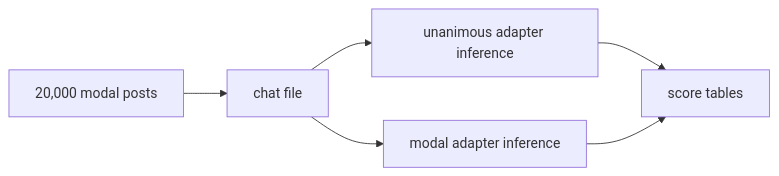
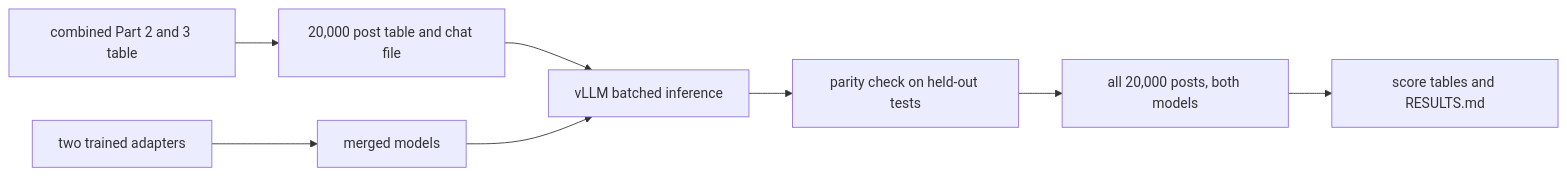
One commit to METResearchGroup/mirrorView-task changed the diagram in docs/plans/2026-09-25_all_posts_lora_inference_b7e4a2/plan.md. Above: the diagram before and after it, drawn with Mermaid. The commit also changed other lines of this file, not shown here.

First line of the commit message:
Use batched vLLM inference on merged weights in the all-posts plan

````diff
--- a/docs/plans/2026-09-25_all_posts_lora_inference_b7e4a2/plan.md
+++ b/docs/plans/2026-09-25_all_posts_lora_inference_b7e4a2/plan.md
@@ -19,8 +25,10 @@
 ```mermaid
 flowchart LR
-  labels["20,000 modal posts"] --> chat["chat file"]
-  chat --> uni["unanimous adapter inference"]
-  chat --> modal["modal adapter inference"]
-  uni --> scores["score tables"]
-  modal --> scores
+  loader["combined Part 2 and 3 table"] --> build["20,000 post table and chat file"]
+  adapters["two trained adapters"] --> merge["merged models"]
+  build --> vllm["vLLM batched inference"]
+  merge --> vllm
+  vllm --> parity["parity check on held-out tests"]
+  parity --> full["all 20,000 posts, both models"]
+  full --> scores["score tables and RESULTS.md"]
 ```
````
